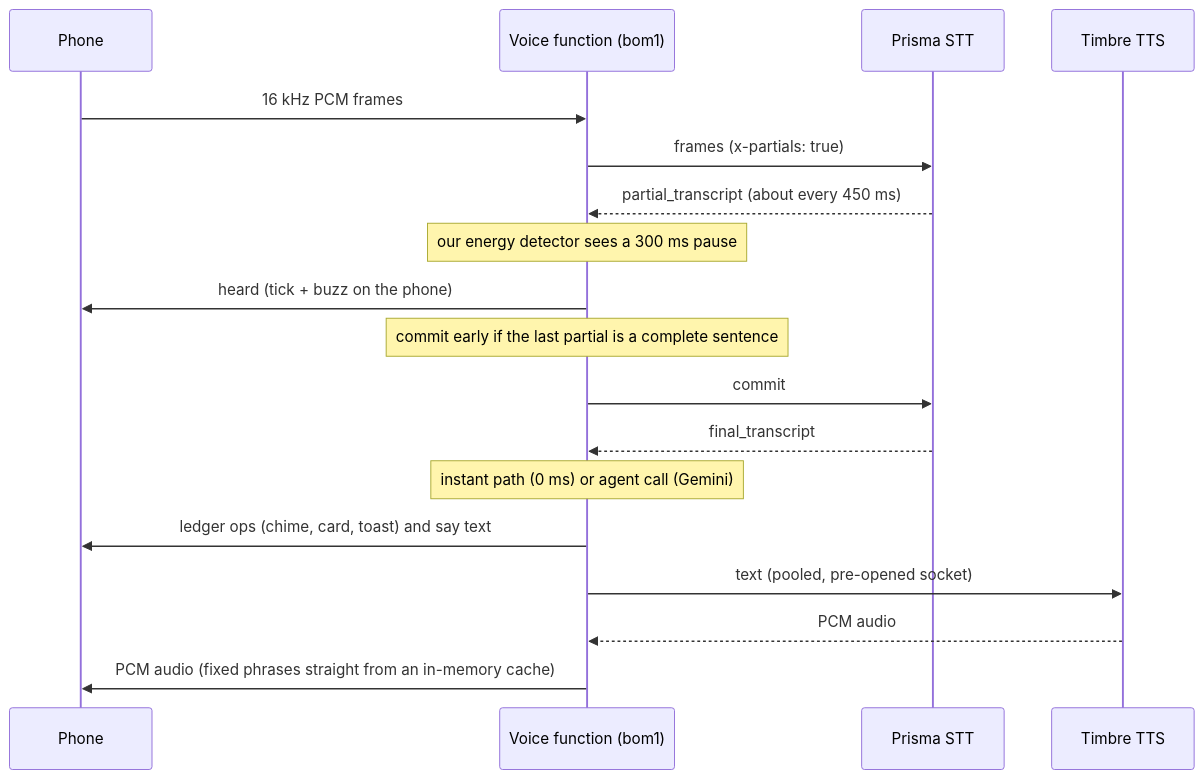
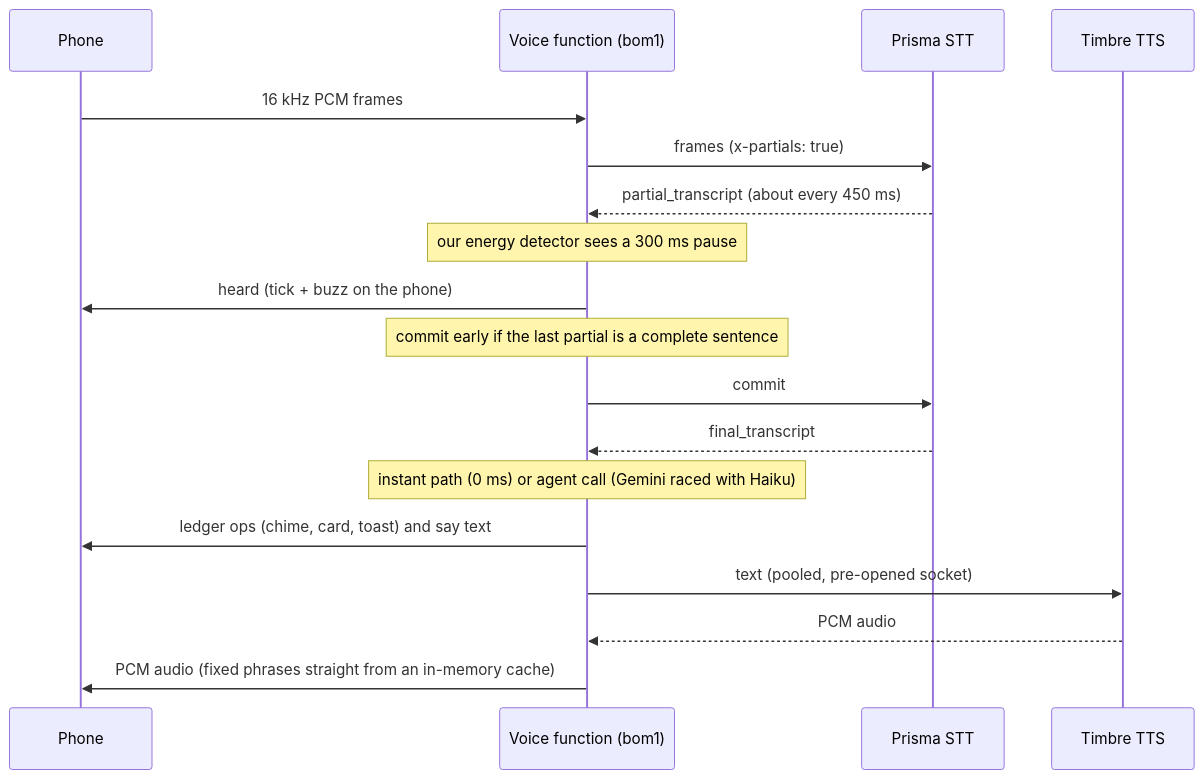
One commit to sulaiman-shariff/voice-khata changed the second of 2 diagrams in README.md. Above: the diagram before and after it, drawn with Mermaid. The commit also changed other lines of this file and 1 other file, not shown here.

Commit message:
README, .env.example: the Haiku race, its privacy and cost, AGENT_HAIKU, measured numbers

````diff
--- a/README.md
+++ b/README.md
@@ -53,20 +53,20 @@
 ```mermaid
 sequenceDiagram
   participant P as Phone
   participant V as Voice function (bom1)
   participant S as Prisma STT
   participant T as Timbre TTS
   P->>V: 16 kHz PCM frames
   V->>S: frames (x-partials: true)
   S-->>V: partial_transcript (about every 450 ms)
   Note over V: our energy detector sees a 300 ms pause
   V->>P: heard (tick + buzz on the phone)
   Note over V: commit early if the last partial is a complete sentence
   V->>S: commit
   S-->>V: final_transcript
-  Note over V: instant path (0 ms) or agent call (Gemini)
+  Note over V: instant path (0 ms) or agent call (Gemini raced with Haiku)
   V->>P: ledger ops (chime, card, toast) and say text
   V->>T: text (pooled, pre-opened socket)
   T-->>V: PCM audio
   V->>P: PCM audio (fixed phrases straight from an in-memory cache)
 ```
````
